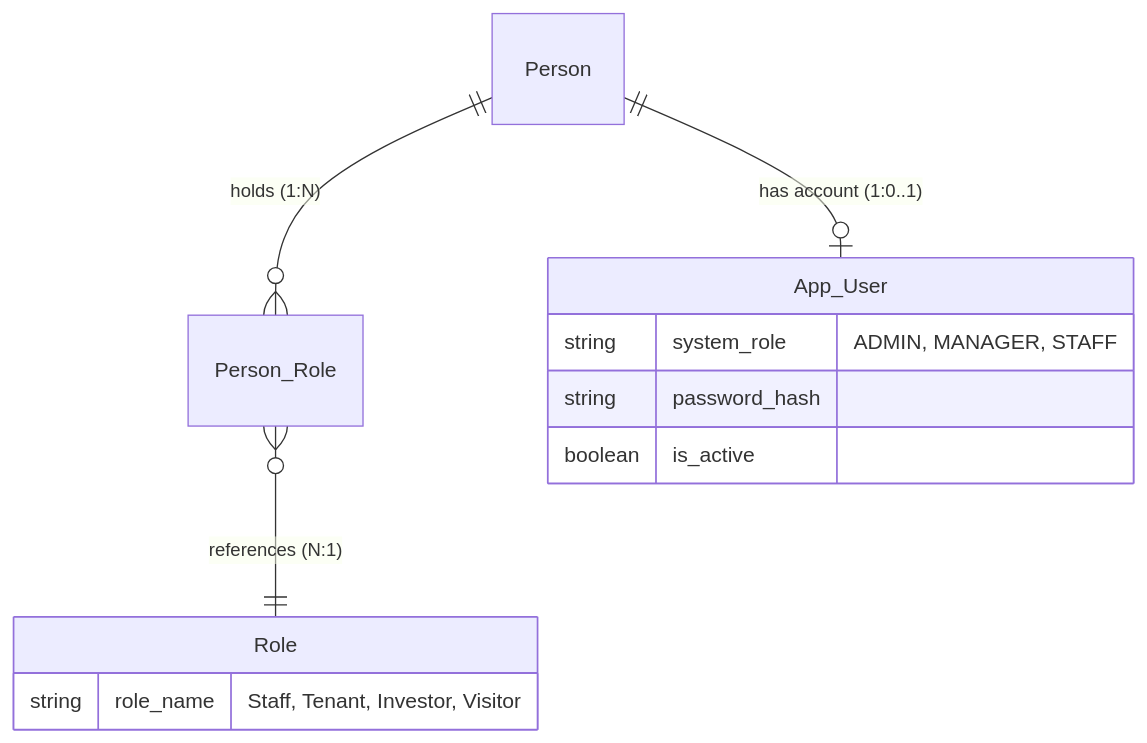
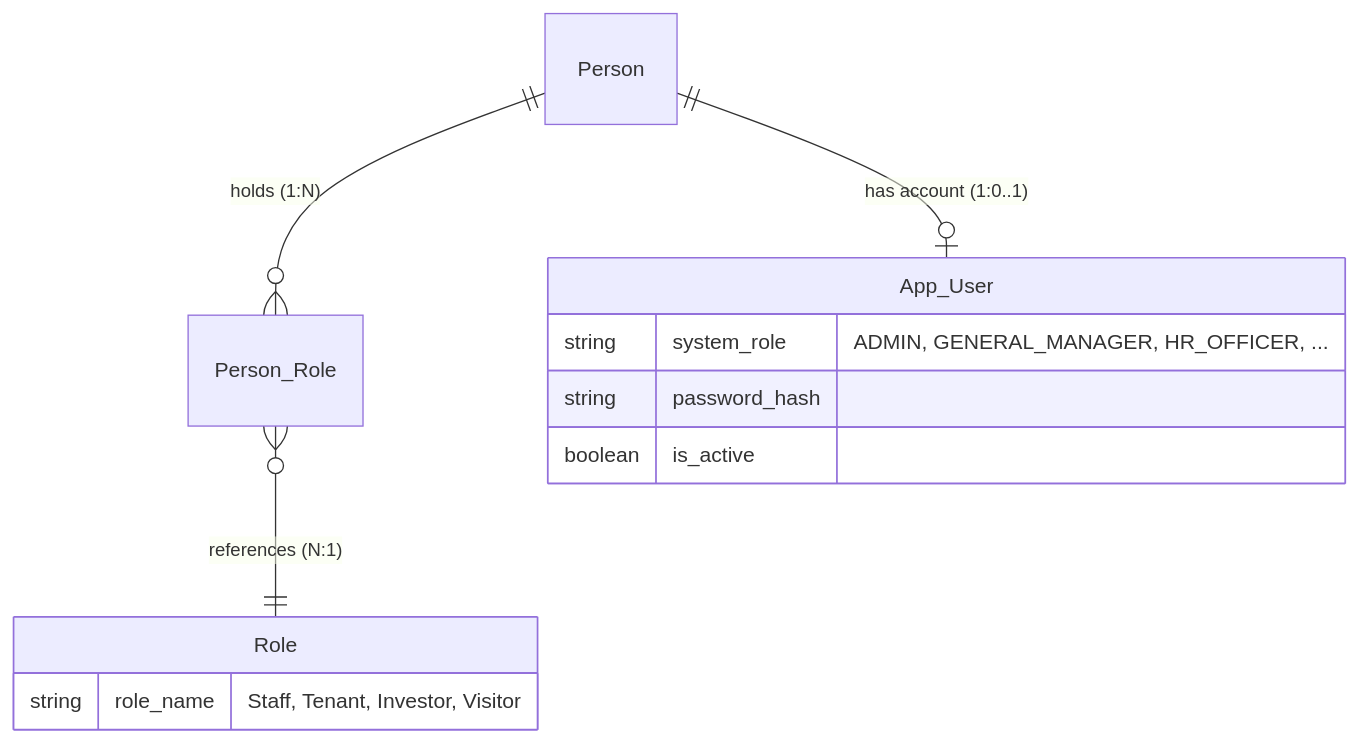
One commit to experiment001-on-secret-2500blobs129124/cpmss changed the diagram in docs/DATABASE.md. Above: the diagram before and after it, drawn with Mermaid. The commit also changed other lines of this file and 1 other file, not shown here.

````diff
--- a/docs/DATABASE.md
+++ b/docs/DATABASE.md
@@ -312,15 +318,15 @@
 ```mermaid
 erDiagram
     Person ||--o{ Person_Role : "holds (1:N)"
     Person_Role }o--|| Role : "references (N:1)"
     Person ||--o| App_User : "has account (1:0..1)"
 
     Role {
         string role_name "Staff, Tenant, Investor, Visitor"
     }
     App_User {
-        string system_role "ADMIN, MANAGER, STAFF"
+        string system_role "ADMIN, GENERAL_MANAGER, HR_OFFICER, ..."
         string password_hash
         boolean is_active
     }
 ```
````
